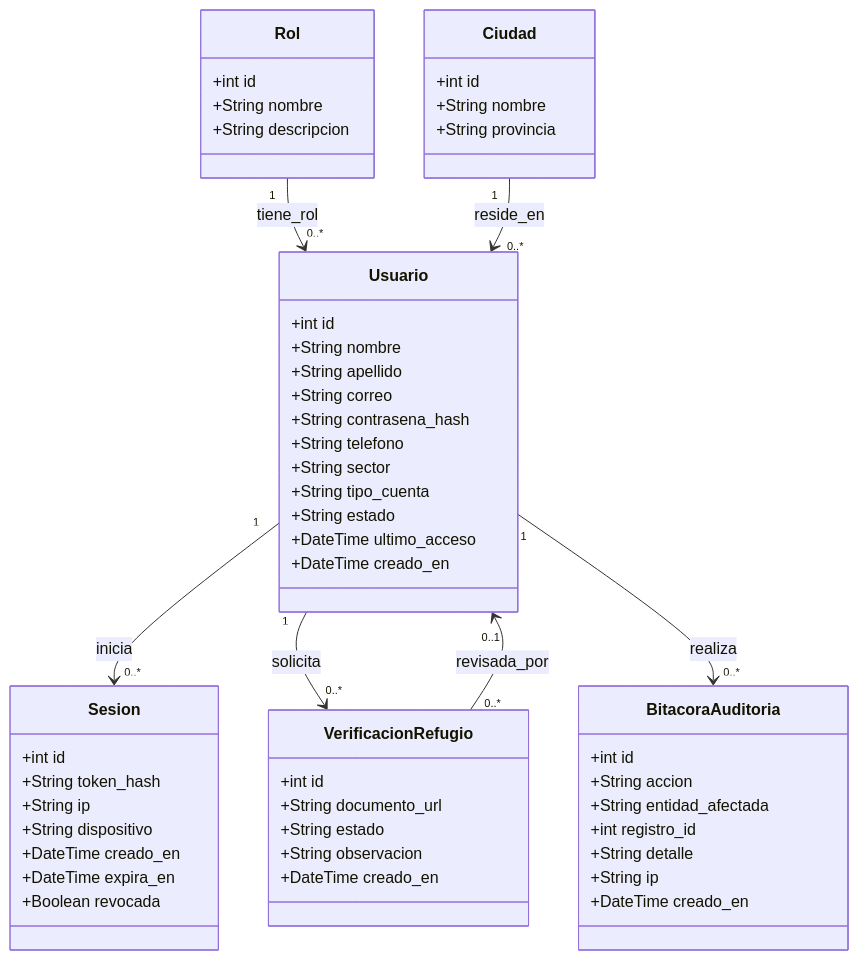
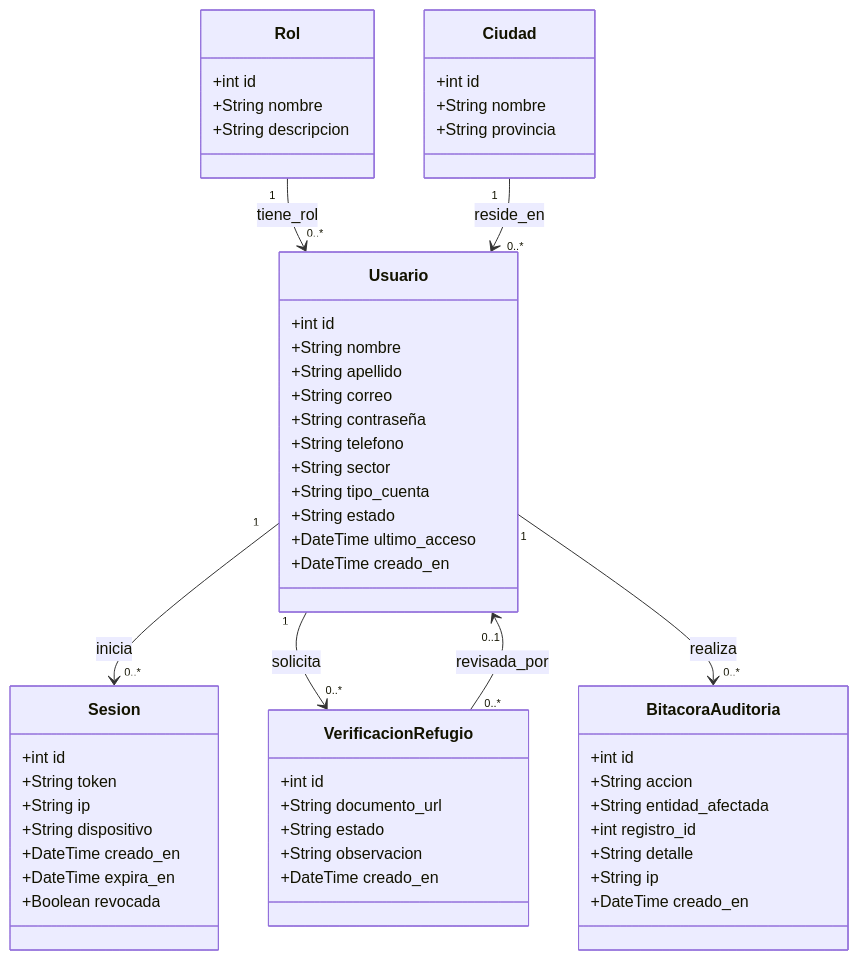
The first of 7 diagrams in README.md (Jaimeq2007/myApp), drawn with Mermaid before and after one commit. The commit also changed other lines of this file, not shown here.

````diff
--- a/README.md
+++ b/README.md
@@ -372,63 +372,63 @@
 ```mermaid
 classDiagram
     class Rol {
         +int id
         +String nombre
         +String descripcion
     }
 
     class Ciudad {
         +int id
         +String nombre
         +String provincia
     }
 
     class Usuario {
         +int id
         +String nombre
         +String apellido
         +String correo
-        +String contrasena_hash
+        +String contraseña
         +String telefono
         +String sector
         +String tipo_cuenta
         +String estado
         +DateTime ultimo_acceso
         +DateTime creado_en
     }
 
     class Sesion {
         +int id
-        +String token_hash
+        +String token
         +String ip
         +String dispositivo
         +DateTime creado_en
         +DateTime expira_en
         +Boolean revocada
     }
 
     class VerificacionRefugio {
         +int id
         +String documento_url
         +String estado
         +String observacion
         +DateTime creado_en
     }
 
     class BitacoraAuditoria {
         +int id
         +String accion
         +String entidad_afectada
         +int registro_id
         +String detalle
         +String ip
         +DateTime creado_en
     }
 
     Rol "1" --> "0..*" Usuario : tiene_rol
     Ciudad "1" --> "0..*" Usuario : reside_en
     Usuario "1" --> "0..*" Sesion : inicia
     Usuario "1" --> "0..*" VerificacionRefugio : solicita
     VerificacionRefugio "0..*" --> "0..1" Usuario : revisada_por
     Usuario "1" --> "0..*" BitacoraAuditoria : realiza
 ```
````
